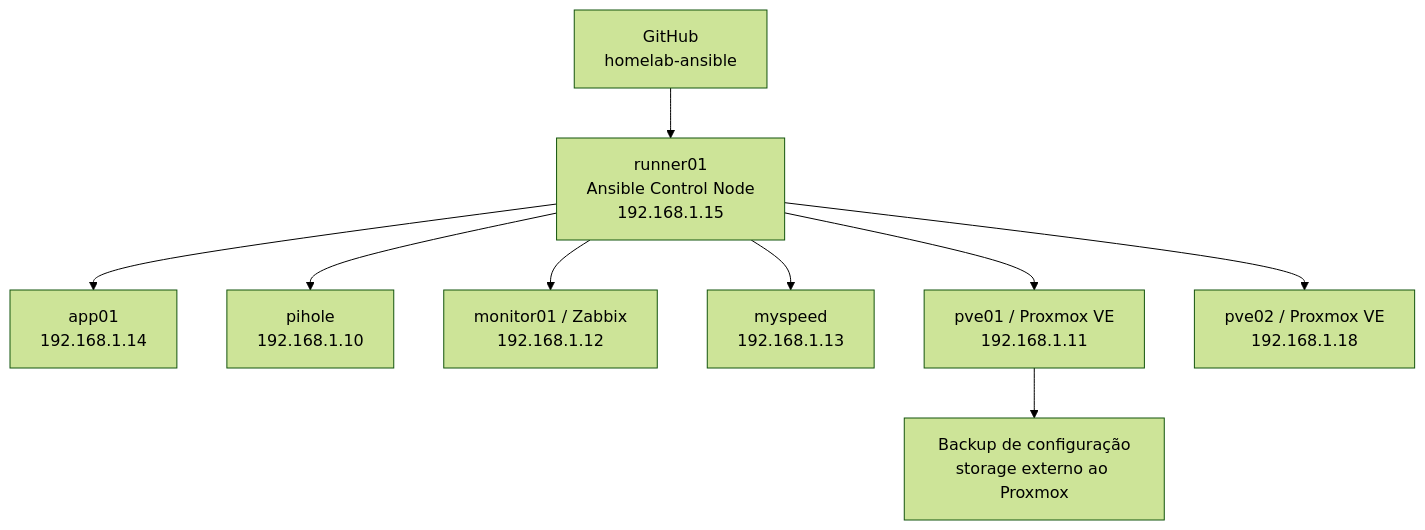
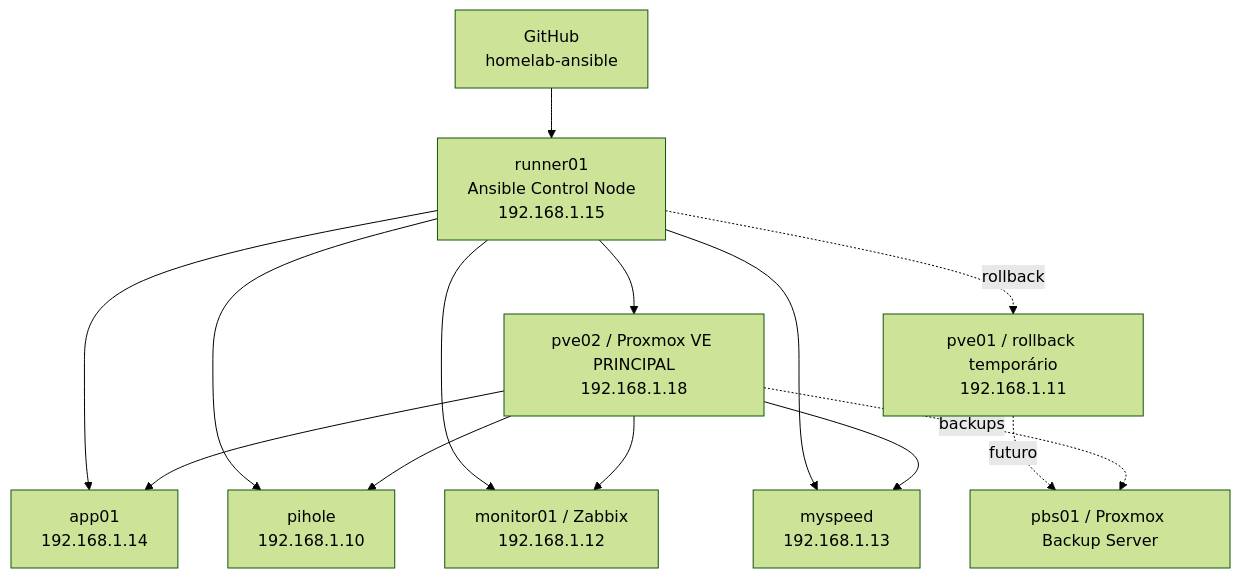
Before and after one commit to lucasgonella/homelab-ansible: the diagram in README.md, drawn with Mermaid (forest theme). The commit also changed other lines of this file, not shown here.

Commit message:
Document pve02 as primary and pve01 as PBS target

````diff
--- a/README.md
+++ b/README.md
@@ -11,13 +11,18 @@
 ```mermaid
 flowchart TD
     GH[GitHub\nhomelab-ansible] --> R[runner01\nAnsible Control Node\n192.168.1.15]
 
     R --> A[app01\n192.168.1.14]
     R --> P[pihole\n192.168.1.10]
     R --> M[monitor01 / Zabbix\n192.168.1.12]
     R --> S[myspeed\n192.168.1.13]
-    R --> PV[pve01 / Proxmox VE\n192.168.1.11]
-    R --> PV2[pve02 / Proxmox VE\n192.168.1.18]
+    R --> PV2[pve02 / Proxmox VE PRINCIPAL\n192.168.1.18]
+    R -. rollback .-> PV[pve01 / rollback temporário\n192.168.1.11]
 
-    PV --> B[Backup de configuração\nstorage externo ao Proxmox]
+    PV2 --> A
+    PV2 --> P
+    PV2 --> M
+    PV2 --> S
+    PV -. futuro .-> PBS[pbs01 / Proxmox Backup Server]
+    PV2 -. backups .-> PBS
 ```
````
